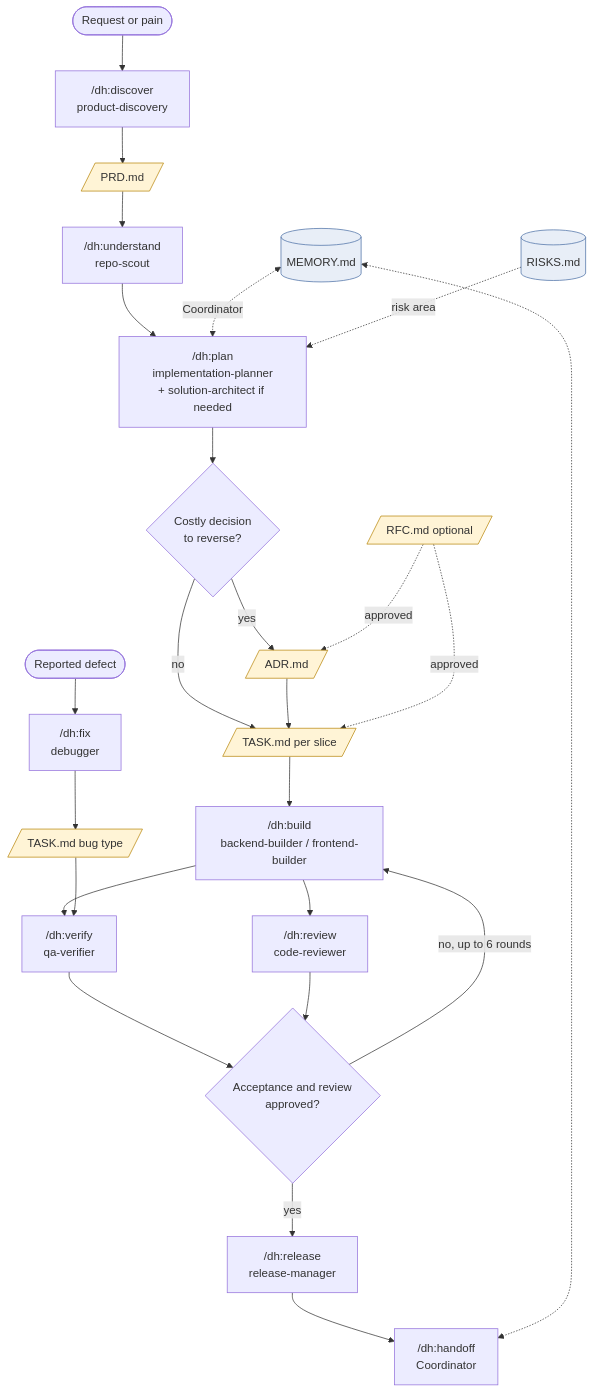
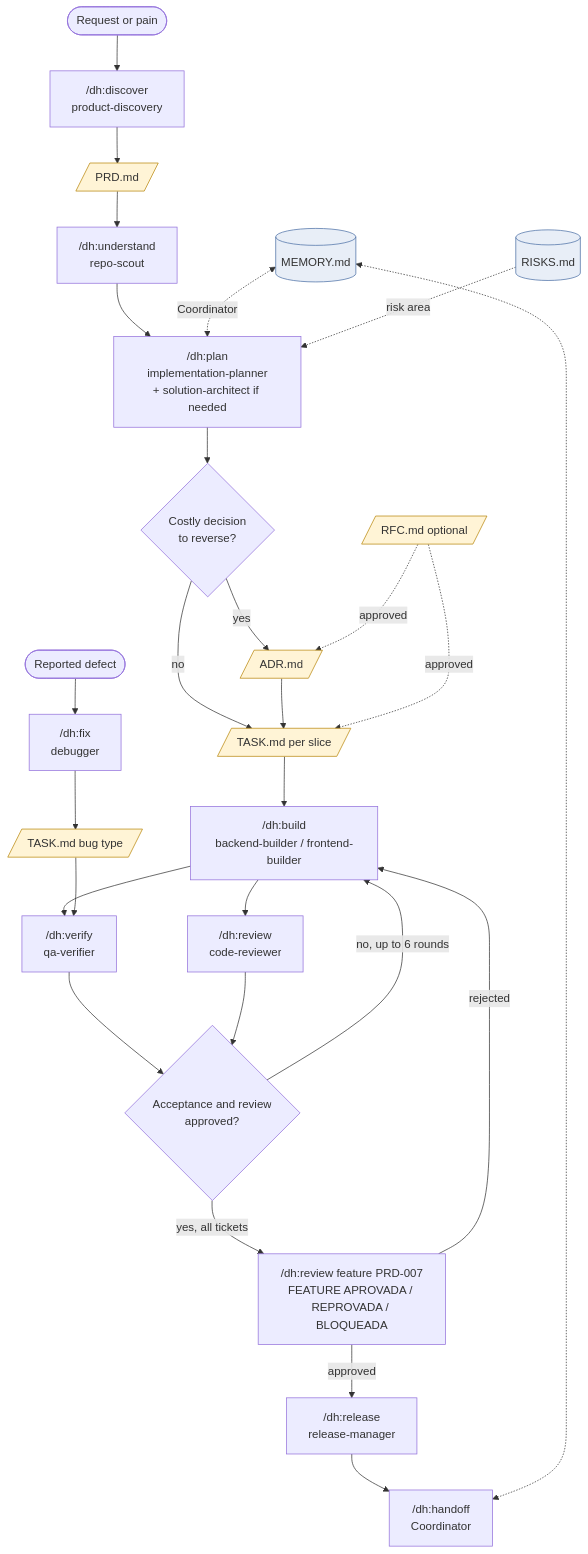
Before and after one commit to danielmalka/dev-harness: the first of 2 diagrams in docs/en/tutorials/templates.md, drawn with Mermaid. The commit also changed other lines of this file and 23 other files, not shown here.

````diff
--- a/docs/en/tutorials/templates.md
+++ b/docs/en/tutorials/templates.md
@@ -50,35 +50,37 @@
 ```mermaid
 flowchart TB
     ideia([Request or pain]) --> discover["/dh:discover<br/>product-discovery"]
     discover --> prd[/PRD.md/]
     prd --> understand["/dh:understand<br/>repo-scout"]
     understand --> plan["/dh:plan<br/>implementation-planner<br/>+ solution-architect if needed"]
     plan --> decisao{Costly decision<br/>to reverse?}
     decisao -->|yes| adr[/ADR.md/]
     decisao -->|no| tasks
     adr --> tasks[/TASK.md per slice/]
     tasks --> build["/dh:build<br/>backend-builder / frontend-builder"]
     build --> verify["/dh:verify<br/>qa-verifier"]
     build --> review["/dh:review<br/>code-reviewer"]
     verify --> ok{Acceptance and review<br/>approved?}
     review --> ok
     ok -->|no, up to 6 rounds| build
-    ok -->|yes| release["/dh:release<br/>release-manager"]
+    ok -->|yes, all tickets| final["/dh:review feature PRD-007<br/>FEATURE APROVADA / REPROVADA / BLOQUEADA"]
+    final -->|approved| release["/dh:release<br/>release-manager"]
+    final -->|rejected| build
     release --> handoff["/dh:handoff<br/>Coordinator"]
 
     bug([Reported defect]) --> fix["/dh:fix<br/>debugger"]
     fix --> bugtask[/TASK.md bug type/]
     bugtask --> verify
 
     rfc[/RFC.md optional/] -.->|approved| adr
     rfc -.->|approved| tasks
 
     memoria[(MEMORY.md)] <-.->|Coordinator| plan
     memoria <-.-> handoff
     risks[(RISKS.md)] -.->|risk area| plan
 
     classDef doc fill:#fff4d6,stroke:#b8860b
     classDef mem fill:#e8eef7,stroke:#4a6fa5
     class prd,adr,tasks,bugtask,rfc doc
     class memoria,risks mem
 ```
````
